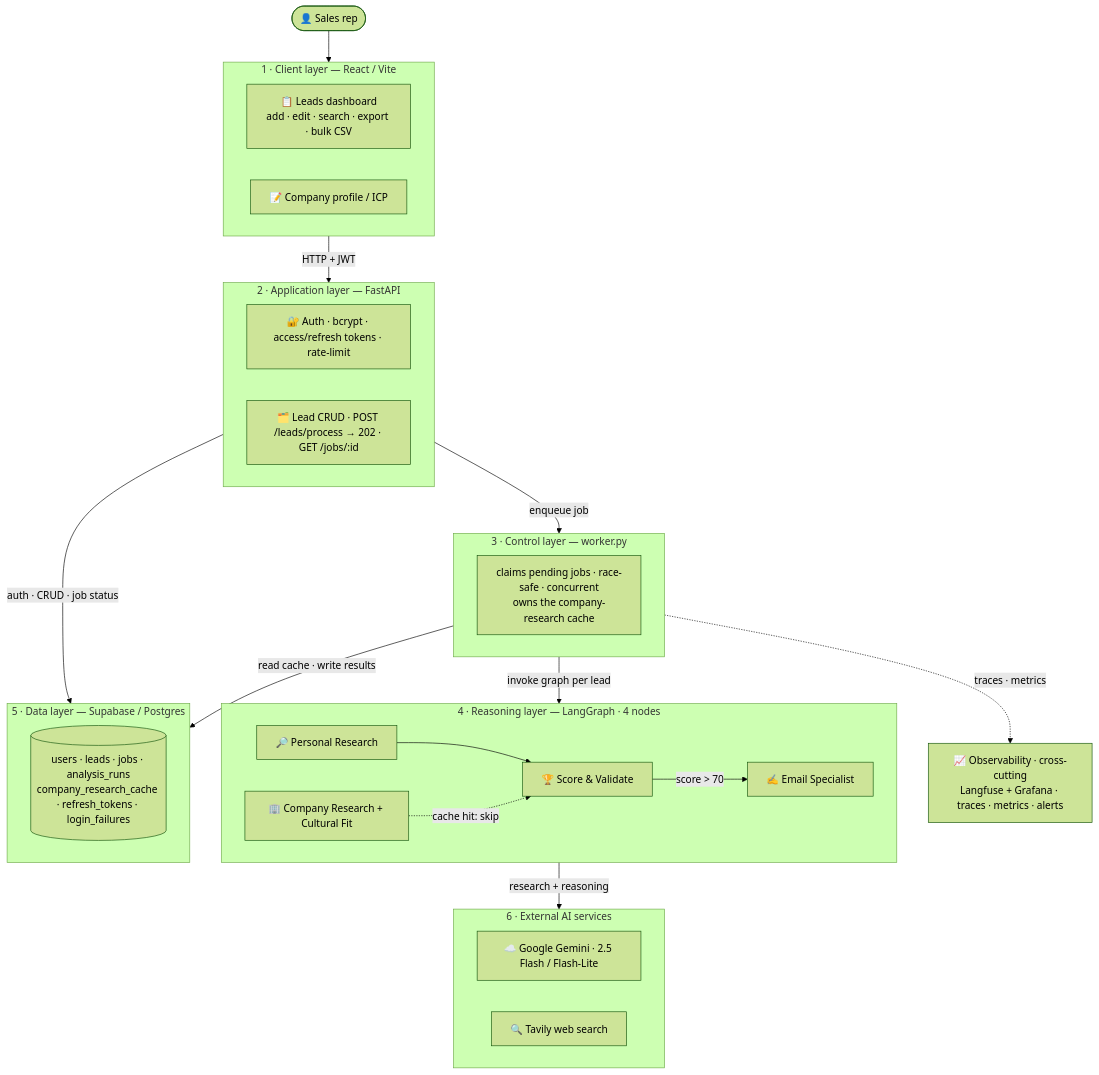
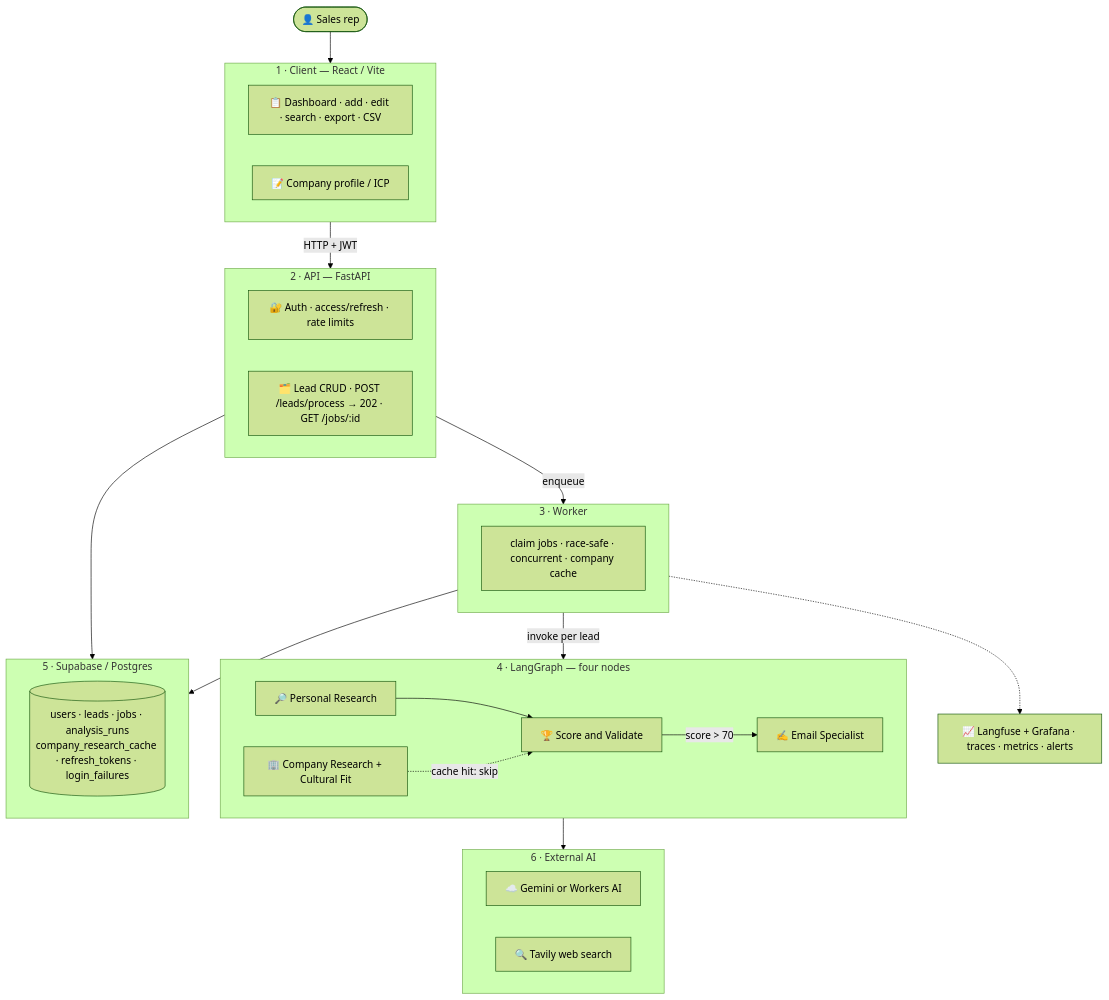
The diagram in README.md (VIVPM/multi-crew-leads-dashboard), drawn with Mermaid (forest theme) before and after one commit. The commit also changed other lines of this file, not shown here.

````diff
--- a/README.md
+++ b/README.md
@@ -46,44 +22,44 @@
 ```mermaid
 graph TD
     User(["👤 Sales rep"])
 
-    subgraph CLIENT ["1 · Client layer — React / Vite"]
-        UI["📋 Leads dashboard<br>add · edit · search · export · bulk CSV"]
+    subgraph CLIENT ["1 · Client — React / Vite"]
+        UI["📋 Dashboard · add · edit · search · export · CSV"]
         ICP["📝 Company profile / ICP"]
     end
 
-    subgraph APP ["2 · Application layer — FastAPI"]
-        Auth["🔐 Auth · bcrypt · access/refresh tokens · rate-limit"]
+    subgraph APP ["2 · API — FastAPI"]
+        Auth["🔐 Auth · access/refresh · rate limits"]
         REST["🗂️ Lead CRUD · POST /leads/process → 202 · GET /jobs/:id"]
     end
 
-    subgraph CTRL ["3 · Control layer — worker.py"]
-        Claim["claims pending jobs · race-safe · concurrent<br>owns the company-research cache"]
+    subgraph CTRL ["3 · Worker"]
+        Claim["claim jobs · race-safe · concurrent · company cache"]
     end
 
-    subgraph AI ["4 · Reasoning layer — LangGraph · 4 nodes"]
-        A1["🔎 Personal Research"] --> A3["🏆 Score &amp; Validate"]
+    subgraph AI ["4 · LangGraph — four nodes"]
+        A1["🔎 Personal Research"] --> A3["🏆 Score and Validate"]
         A2["🏢 Company Research + Cultural Fit"] -.->|cache hit: skip| A3
-        A3 -->|score &gt; 70| E1["✍️ Email Specialist"]
+        A3 -->|score > 70| E1["✍️ Email Specialist"]
     end
 
-    subgraph DATA ["5 · Data layer — Supabase / Postgres"]
+    subgraph DATA ["5 · Supabase / Postgres"]
         Tbls[("users · leads · jobs · analysis_runs<br>company_research_cache · refresh_tokens · login_failures")]
     end
 
-    subgraph EXT ["6 · External AI services"]
-        LLM["☁️ Google Gemini · 2.5 Flash / Flash-Lite"]
+    subgraph EXT ["6 · External AI"]
+        LLM["☁️ Gemini or Workers AI"]
         Tavily["🔍 Tavily web search"]
     end
 
-    OBS["📈 Observability · cross-cutting<br>Langfuse + Grafana · traces · metrics · alerts"]
+    OBS["📈 Langfuse + Grafana · traces · metrics · alerts"]
 
     User --> CLIENT
     CLIENT -->|HTTP + JWT| APP
-    APP -->|auth · CRUD · job status| DATA
-    APP -->|enqueue job| CTRL
-    CTRL -->|invoke graph per lead| AI
-    AI -->|research + reasoning| EXT
-    CTRL -->|read cache · write results| DATA
-    CTRL -.->|traces · metrics| OBS
+    APP --> DATA
+    APP -->|enqueue| CTRL
+    CTRL -->|invoke per lead| AI
+    AI --> EXT
+    CTRL --> DATA
+    CTRL -.-> OBS
 ```
````
